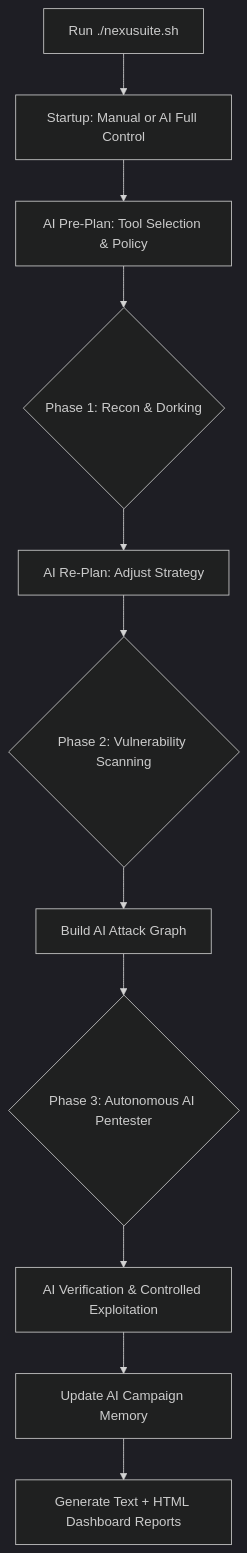
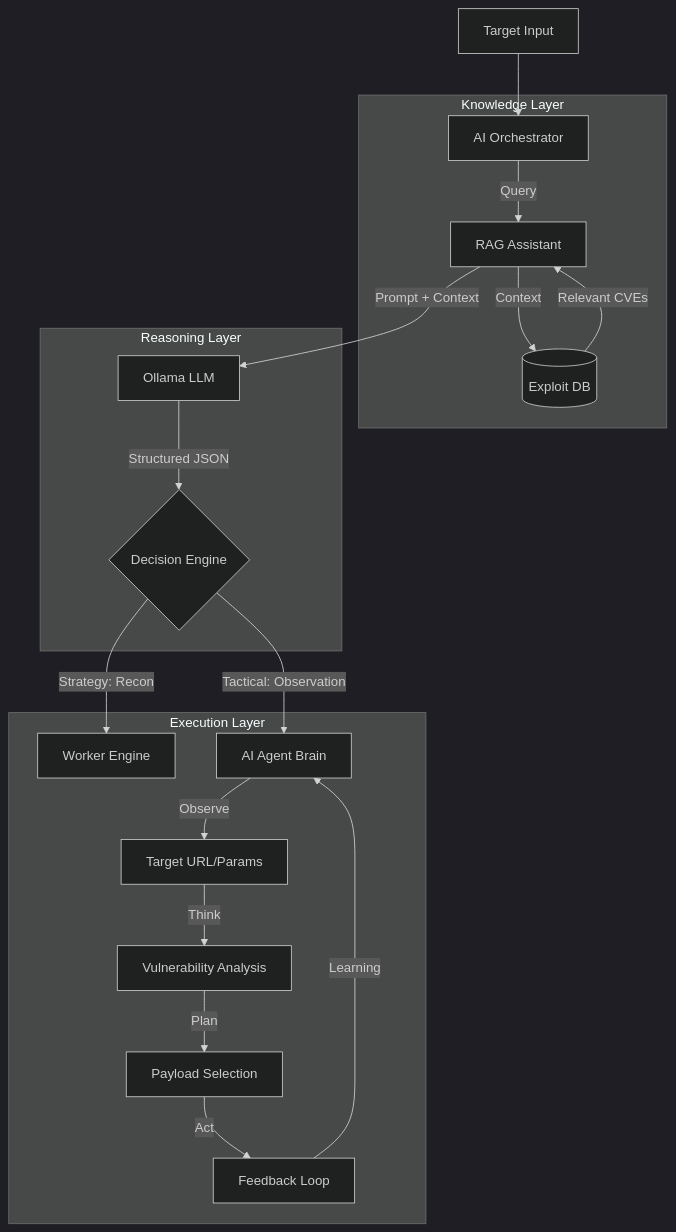
The first of 2 diagrams in README.md (afrizalwahyuadi66/Nexusuite), drawn with Mermaid (dark theme) before and after one commit. The commit also changed other lines of this file and 4 other files, not shown here.

````diff
--- a/README.md
+++ b/README.md
@@ -52,13 +66,26 @@
 ```mermaid
 graph TD
-    A[Run ./nexusuite.sh] --> B[Startup: Manual or AI Full Control]
-    B --> C[AI Pre-Plan: Tool Selection & Policy]
-    C --> D{Phase 1: Recon & Dorking}
-    D --> E[AI Re-Plan: Adjust Strategy]
-    E --> F{Phase 2: Vulnerability Scanning}
-    F --> G[Build AI Attack Graph]
-    G --> H{Phase 3: Autonomous AI Pentester}
-    H --> I[AI Verification & Controlled Exploitation]
-    I --> J[Update AI Campaign Memory]
-    J --> K[Generate Text + HTML Dashboard Reports]
+    A[Target Input] --> B[AI Orchestrator]
+    
+    subgraph "Knowledge Layer"
+        B -->|Query| C[RAG Assistant]
+        C -->|Context| D[(Exploit DB)]
+        D -->|Relevant CVEs| C
+    end
+    
+    subgraph "Reasoning Layer"
+        C -->|Prompt + Context| E[Ollama LLM]
+        E -->|Structured JSON| F{Decision Engine}
+    end
+    
+    subgraph "Execution Layer"
+        F -->|Strategy: Recon| G[Worker Engine]
+        F -->|Tactical: Observation| H[AI Agent Brain]
+        H -->|Observe| I[Target URL/Params]
+        I -->|Think| J[Vulnerability Analysis]
+        J -->|Plan| K[Payload Selection]
+        K -->|Act| L[Feedback Loop]
+    end
+    
+    L -->|Learning| H
 ```
````
